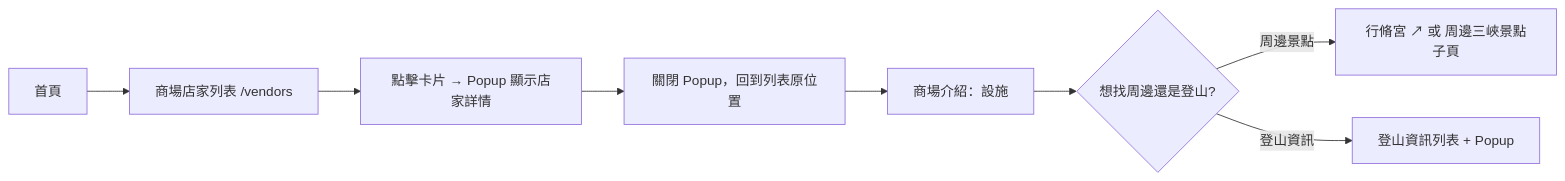
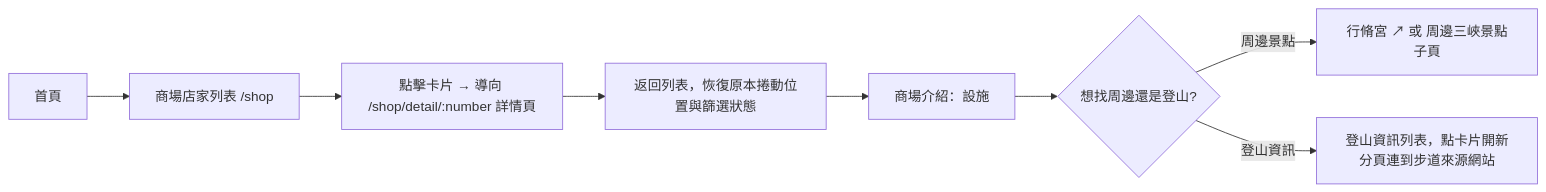
Before and after one commit to KevinChenz77/Baiji-Tourist-Market: the fourth of 4 diagrams in 規格內容/04-UI-Flow與使用者情境.md, drawn with Mermaid. The commit also changed other lines of this file and 120 other files, not shown here.

````diff
--- a/規格內容/04-UI-Flow與使用者情境.md
+++ b/規格內容/04-UI-Flow與使用者情境.md
@@ -64,10 +64,10 @@
 ```mermaid
 flowchart LR
-    A[首頁] --> B[商場店家列表 /vendors]
-    B --> C[點擊卡片 → Popup 顯示店家詳情]
-    C --> D[關閉 Popup，回到列表原位置]
+    A[首頁] --> B[商場店家列表 /shop]
+    B --> C[點擊卡片 → 導向 /shop/detail/:number 詳情頁]
+    C --> D[返回列表，恢復原本捲動位置與篩選狀態]
     D --> E[商場介紹：設施]
     E --> F{想找周邊還是登山?}
     F -->|周邊景點| G[行脩宮 ↗ 或 周邊三峽景點子頁]
-    F -->|登山資訊| H[登山資訊列表 + Popup]
+    F -->|登山資訊| H[登山資訊列表，點卡片開新分頁連到步道來源網站]
 ```
````
